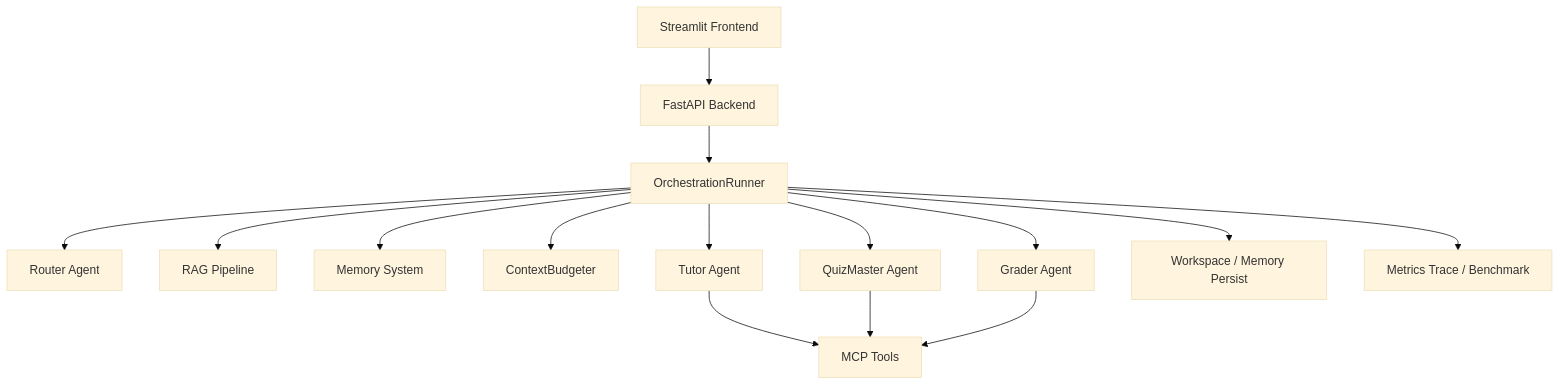
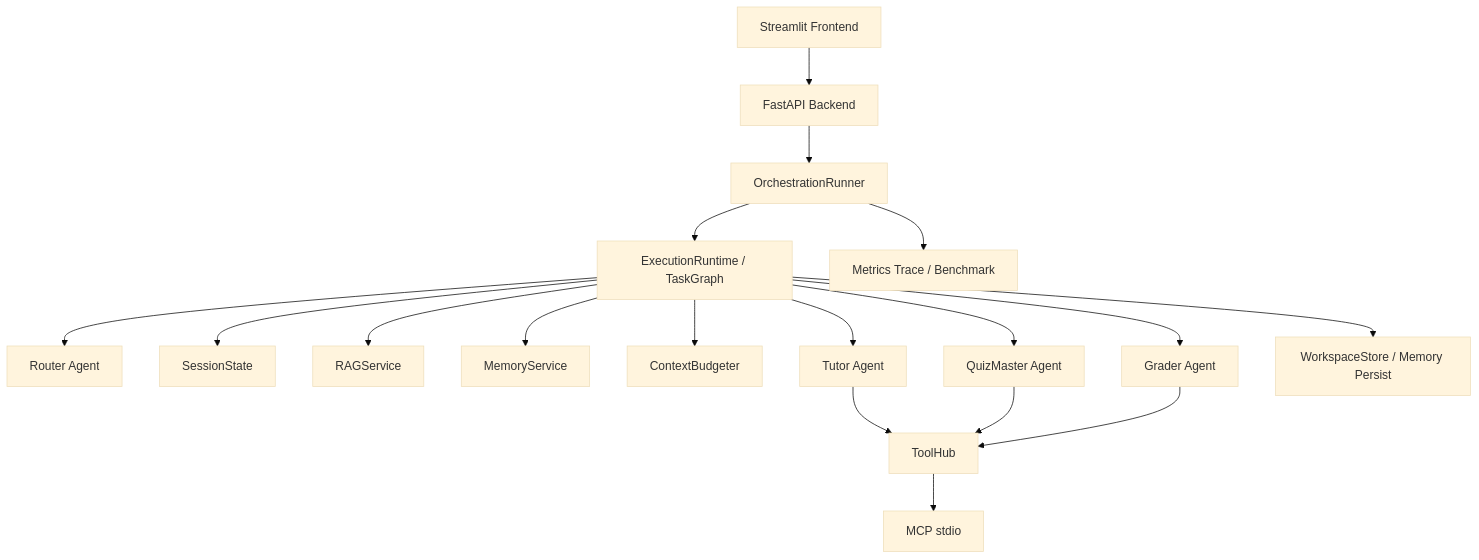
One commit to Eric-he-cn/course-pilot changed the first of 13 diagrams in docs/guides/architecture.md. Above: the diagram before and after it, drawn with Mermaid (base theme). The commit also changed other lines of this file and 4 other files, not shown here.

Commit message:
docs: update architecture security and benchmark guidance

````diff
--- a/docs/guides/architecture.md
+++ b/docs/guides/architecture.md
@@ -104,17 +105,20 @@
 ```mermaid
 flowchart TD
     UI[Streamlit Frontend] --> API[FastAPI Backend]
     API --> RUN[OrchestrationRunner]
-    RUN --> ROUTER[Router Agent]
-    RUN --> RAG[RAG Pipeline]
-    RUN --> MEM[Memory System]
-    RUN --> CTX[ContextBudgeter]
-    RUN --> TUTOR[Tutor Agent]
-    RUN --> QUIZ[QuizMaster Agent]
-    RUN --> GRADER[Grader Agent]
-    TUTOR --> MCP[MCP Tools]
-    QUIZ --> MCP
-    GRADER --> MCP
-    RUN --> SAVE[Workspace / Memory Persist]
+    RUN --> RT[ExecutionRuntime / TaskGraph]
+    RT --> ROUTER[Router Agent]
+    RT --> SS[SessionState]
+    RT --> RAG[RAGService]
+    RT --> MEM[MemoryService]
+    RT --> CTX[ContextBudgeter]
+    RT --> TUTOR[Tutor Agent]
+    RT --> QUIZ[QuizMaster Agent]
+    RT --> GRADER[Grader Agent]
+    TUTOR --> HUB[ToolHub]
+    QUIZ --> HUB
+    GRADER --> HUB
+    HUB --> MCP[MCP stdio]
+    RT --> SAVE[WorkspaceStore / Memory Persist]
     RUN --> METRICS[Metrics Trace / Benchmark]
 ```
````
